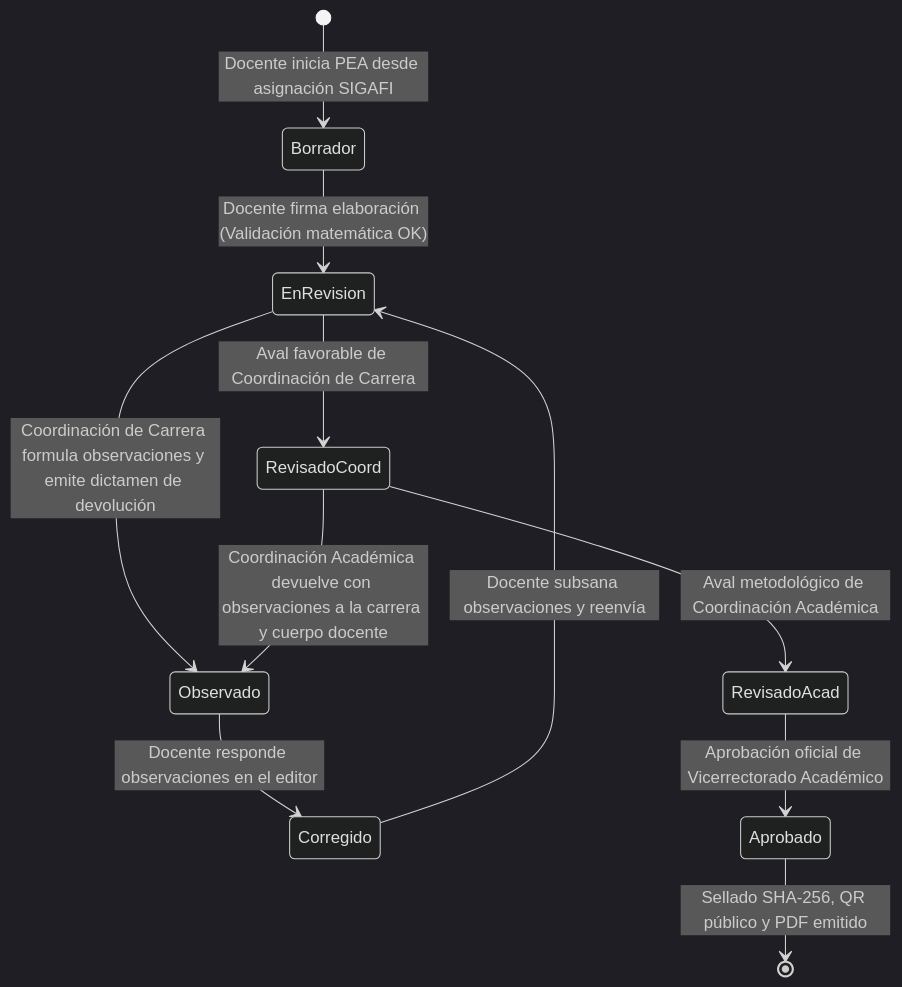
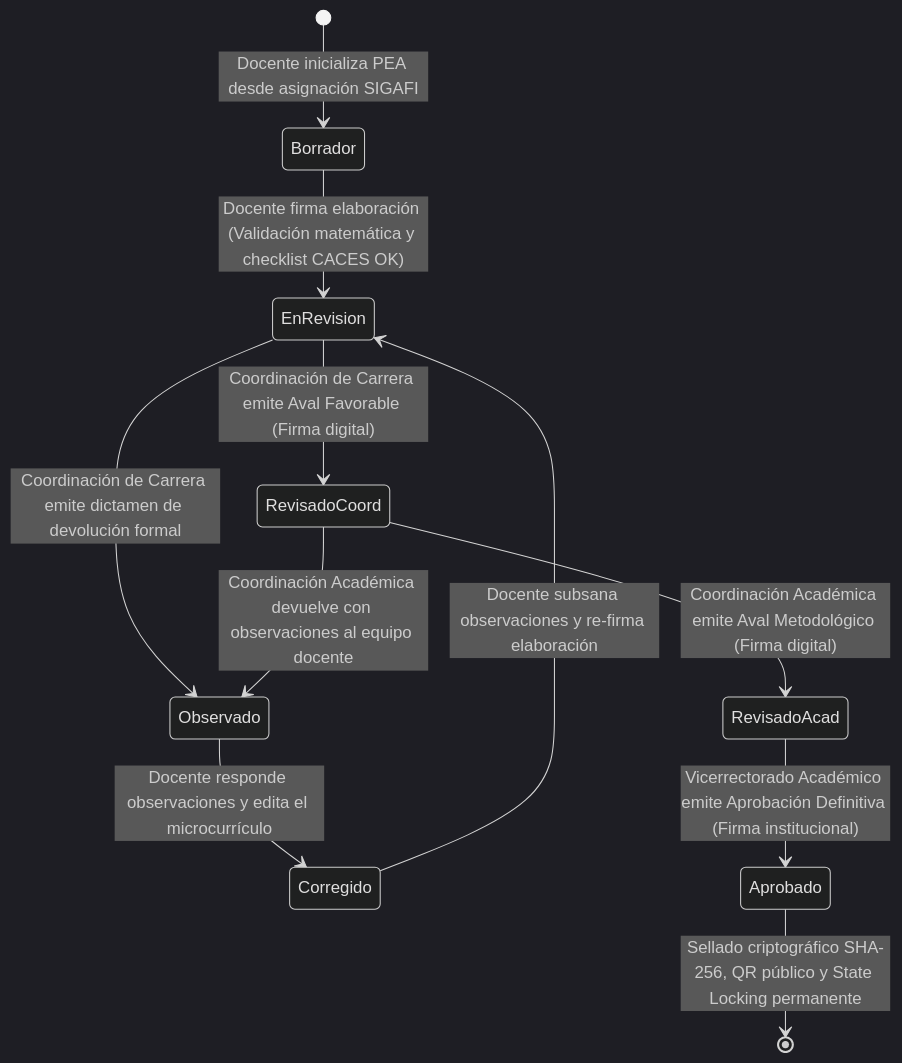
One commit to JorgeDoicela/dosier changed the first of 2 diagrams in docs/documentacion/02-backend-servicios/04-ciclo-vida-curricular-y-workflow.md. Above: the diagram before and after it, drawn with Mermaid (dark theme). The commit also changed other lines of this file and 35 other files, not shown here.

````diff
--- a/docs/documentacion/02-backend-servicios/04-ciclo-vida-curricular-y-workflow.md
+++ b/docs/documentacion/02-backend-servicios/04-ciclo-vida-curricular-y-workflow.md
@@ -13,13 +40,16 @@
 ```mermaid
 stateDiagram-v2
-    [*] --> Borrador: Docente inicia PEA desde asignación SIGAFI
-    Borrador --> EnRevision: Docente firma elaboración (Validación matemática OK)
-    Corregido --> EnRevision: Docente subsana observaciones y reenvía
-    EnRevision --> Observado: Coordinación de Carrera formula observaciones y emite dictamen de devolución
-    Observado --> Corregido: Docente responde observaciones en el editor
-    EnRevision --> RevisadoCoord: Aval favorable de Coordinación de Carrera
-    RevisadoCoord --> Observado: Coordinación Académica devuelve con observaciones a la carrera y cuerpo docente
-    RevisadoCoord --> RevisadoAcad: Aval metodológico de Coordinación Académica
-    RevisadoAcad --> Aprobado: Aprobación oficial de Vicerrectorado Académico
-    Aprobado --> [*]: Sellado SHA-256, QR público y PDF emitido
+    [*] --> Borrador: Docente inicializa PEA desde asignación SIGAFI
+    Borrador --> EnRevision: Docente firma elaboración (Validación matemática y checklist CACES OK)
+    Corregido --> EnRevision: Docente subsana observaciones y re-firma elaboración
+
+    EnRevision --> Observado: Coordinación de Carrera emite dictamen de devolución formal
+    Observado --> Corregido: Docente responde observaciones y edita el microcurrículo
+
+    EnRevision --> RevisadoCoord: Coordinación de Carrera emite Aval Favorable (Firma digital)
+    RevisadoCoord --> Observado: Coordinación Académica devuelve con observaciones al equipo docente
+    RevisadoCoord --> RevisadoAcad: Coordinación Académica emite Aval Metodológico (Firma digital)
+
+    RevisadoAcad --> Aprobado: Vicerrectorado Académico emite Aprobación Definitiva (Firma institucional)
+    Aprobado --> [*]: Sellado criptográfico SHA-256, QR público y State Locking permanente
 ```
````
